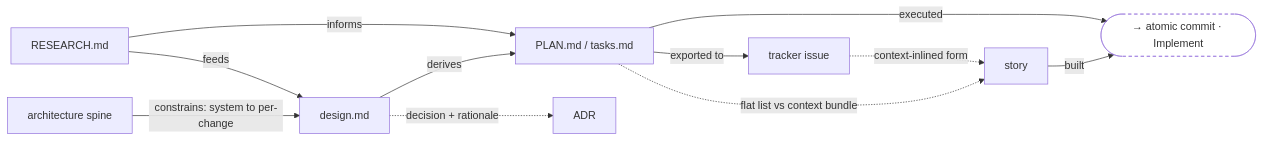
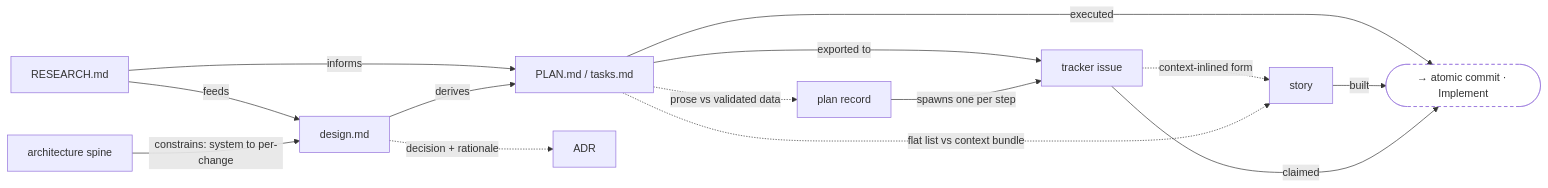
One commit to pmackay/sdlc-wiki changed the fourth of 9 diagrams in wiki/artifact/index.md. Above: the diagram before and after it, drawn with Mermaid. The commit also changed other lines of this file and 155 other files, not shown here.

````diff
--- a/wiki/artifact/index.md
+++ b/wiki/artifact/index.md
@@ -167,15 +167,18 @@
 ```mermaid
 flowchart LR
     res["RESEARCH.md"] -->|feeds| design["design.md"]
     res -->|informs| plan["PLAN.md / tasks.md"]
     arch["architecture spine"] -->|constrains: system to per-change| design
     design -->|derives| plan
     design -.->|decision + rationale| adr["ADR"]
     plan -->|exported to| issue["tracker issue"]
+    plan -.->|prose vs validated data| rec["plan record"]
+    rec -->|spawns one per step| issue
     issue -.->|context-inlined form| story["story"]
     plan -.->|flat list vs context bundle| story
     plan -->|executed| oCMT(["→ atomic commit · Implement"])
     story -->|built| oCMT
+    issue -->|claimed| oCMT
     classDef bound stroke-dasharray:5 4,fill:transparent;
     class oCMT bound
 ```
````
